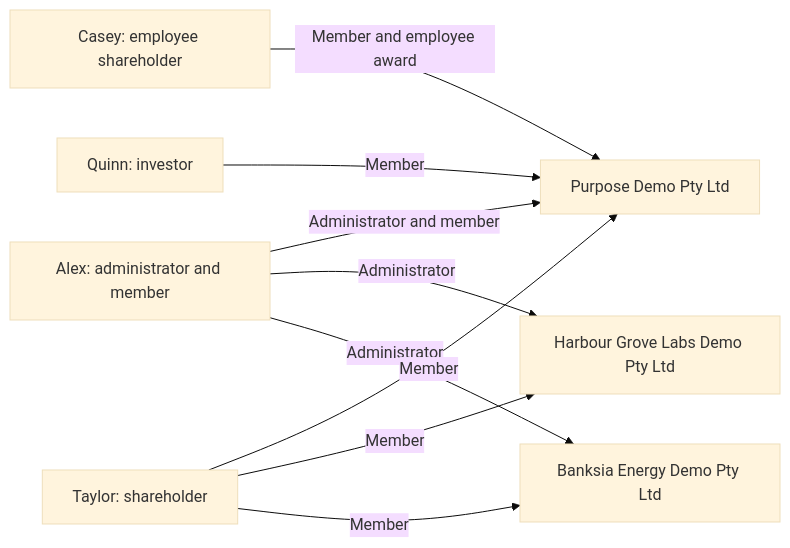
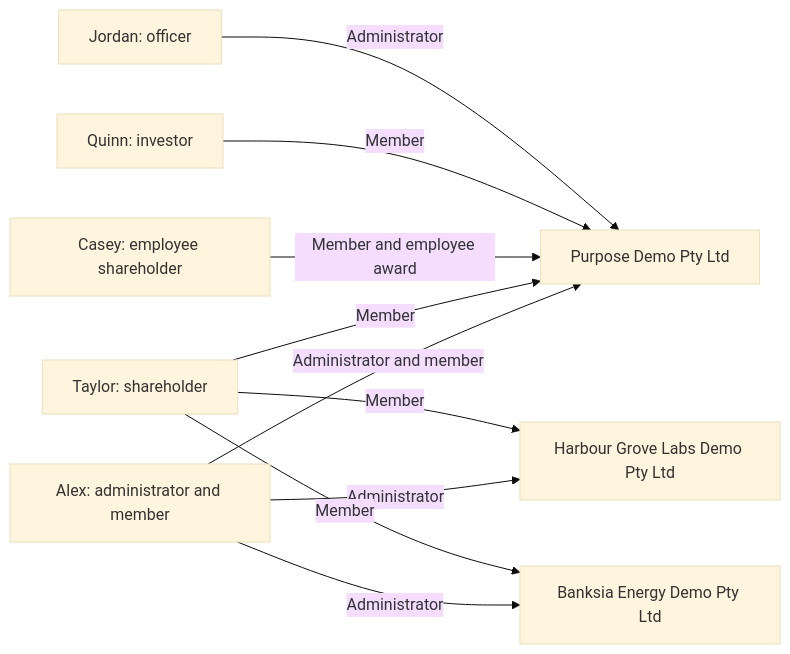
One commit to Ledova/ledova changed the second of 2 diagrams in docs/LOCAL-TEST-ACCOUNTS.md. Above: the diagram before and after it, drawn with Mermaid (base theme). The commit also changed other lines of this file and 8 other files, not shown here.

````diff
--- a/docs/LOCAL-TEST-ACCOUNTS.md
+++ b/docs/LOCAL-TEST-ACCOUNTS.md
@@ -51,11 +58,12 @@
 ```mermaid
 flowchart LR
     Alex["Alex: administrator and member"] -->|Administrator and member| Purpose["Purpose Demo Pty Ltd"]
     Alex -->|Administrator| Harbour["Harbour Grove Labs Demo Pty Ltd"]
     Alex -->|Administrator| Banksia["Banksia Energy Demo Pty Ltd"]
     Taylor["Taylor: shareholder"] -->|Member| Purpose
     Taylor -->|Member| Harbour
     Taylor -->|Member| Banksia
     Casey["Casey: employee shareholder"] -->|Member and employee award| Purpose
     Quinn["Quinn: investor"] -->|Member| Purpose
+    Jordan["Jordan: officer"] -->|Administrator| Purpose
 ```
````
